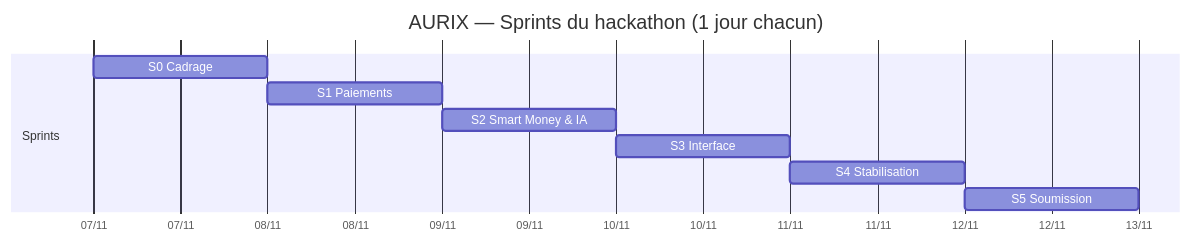
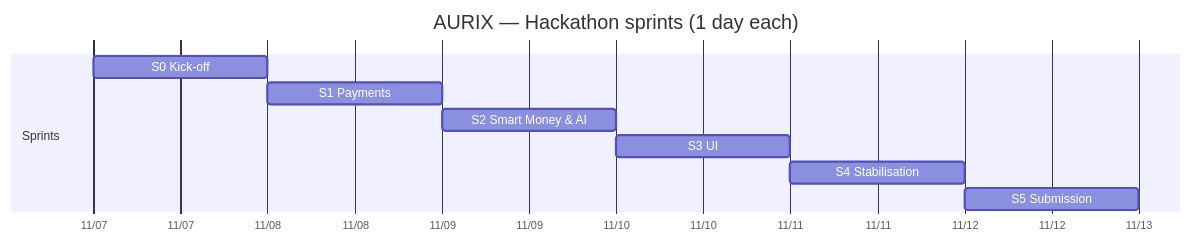
The first of 2 diagrams in docs/scrum/sprints.md (joeylukoji/Aurix), drawn with Mermaid before and after one commit. The commit also changed other lines of this file and 6 other files, not shown here.

````diff
--- a/docs/scrum/sprints.md
+++ b/docs/scrum/sprints.md
@@ -5,13 +5,13 @@
 ```mermaid
 gantt
-    title AURIX — Sprints du hackathon (1 jour chacun)
+    title AURIX — Hackathon sprints (1 day each)
     dateFormat YYYY-MM-DD
-    axisFormat %d/%m
+    axisFormat %m/%d
     section Sprints
-    S0 Cadrage            :s0, 2026-11-07, 1d
-    S1 Paiements          :s1, after s0, 1d
-    S2 Smart Money & IA   :s2, after s1, 1d
-    S3 Interface          :s3, after s2, 1d
-    S4 Stabilisation      :s4, after s3, 1d
-    S5 Soumission         :s5, after s4, 1d
+    S0 Kick-off              :s0, 2026-11-07, 1d
+    S1 Payments              :s1, after s0, 1d
+    S2 Smart Money & AI      :s2, after s1, 1d
+    S3 UI                    :s3, after s2, 1d
+    S4 Stabilisation         :s4, after s3, 1d
+    S5 Submission            :s5, after s4, 1d
 ```
````
